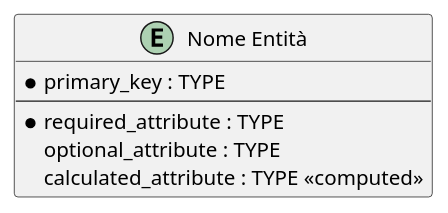
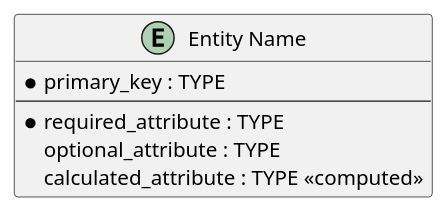
One commit to Seniorsimo/sas-template changed the first of 26 diagrams in 05-database-design/er-diagram/README.md. Above: the diagram before and after it, drawn with PlantUML. The commit also changed other lines of this file and 49 other files, not shown here.

````diff
--- a/05-database-design/er-diagram/README.md
+++ b/05-database-design/er-diagram/README.md
@@ -18,9 +18,9 @@
 ```plantuml
-entity "Nome Entità" as EntityAlias {
+entity "Entity Name" as EntityAlias {
   * primary_key : TYPE
   --
   * required_attribute : TYPE
   optional_attribute : TYPE
   calculated_attribute : TYPE <<computed>>
 }
 ```
````
